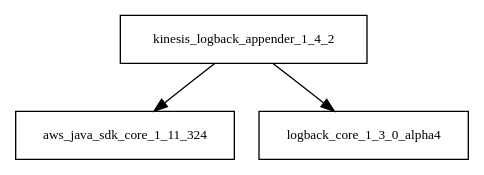
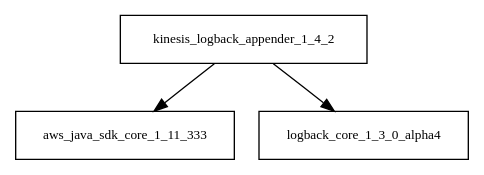
Before and after one commit to sjvs/cia: the diagram in tattleTaleReport/graphviz/kinesis-logback-appender-1.4.2.jar/kinesis-logback-appender-1.4.2.jar.dot, drawn with Graphviz. The commit also changed 1779 other files, not shown here.

```diff
--- a/tattleTaleReport/graphviz/kinesis-logback-appender-1.4.2.jar/kinesis-logback-appender-1.4.2.jar.dot
+++ b/tattleTaleReport/graphviz/kinesis-logback-appender-1.4.2.jar/kinesis-logback-appender-1.4.2.jar.dot
@@ -1,5 +1,5 @@
 digraph kinesis_logback_appender_1_4_2_dependencies {
   node [shape = box, fontsize=10.0];
-  kinesis_logback_appender_1_4_2 -> aws_java_sdk_core_1_11_324;
+  kinesis_logback_appender_1_4_2 -> aws_java_sdk_core_1_11_333;
   kinesis_logback_appender_1_4_2 -> logback_core_1_3_0_alpha4;
 }
```
